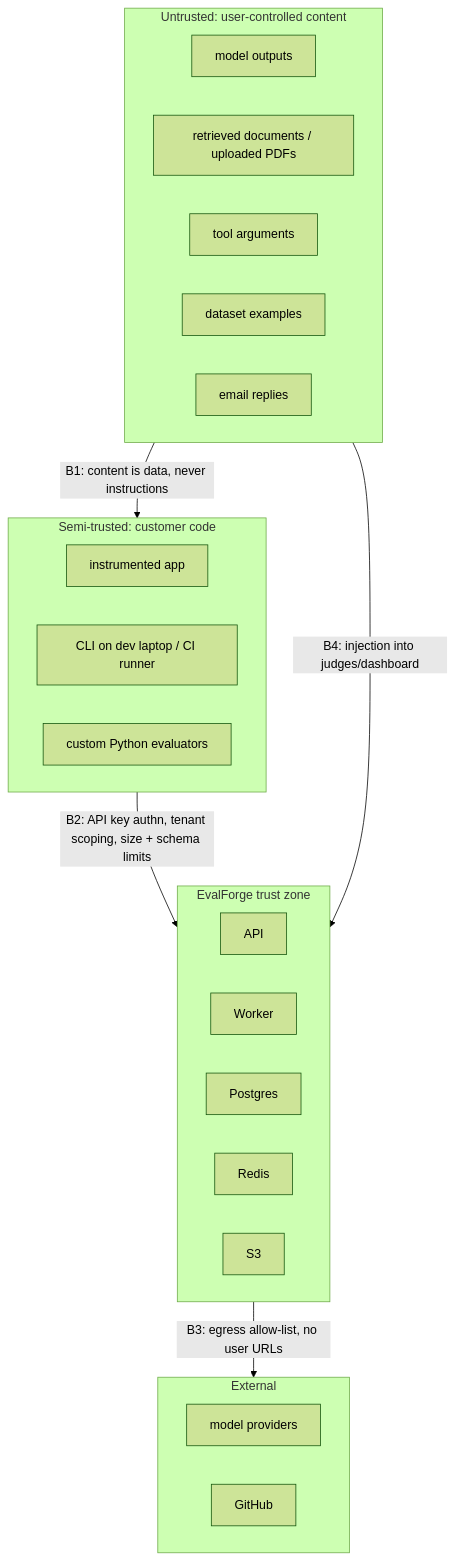
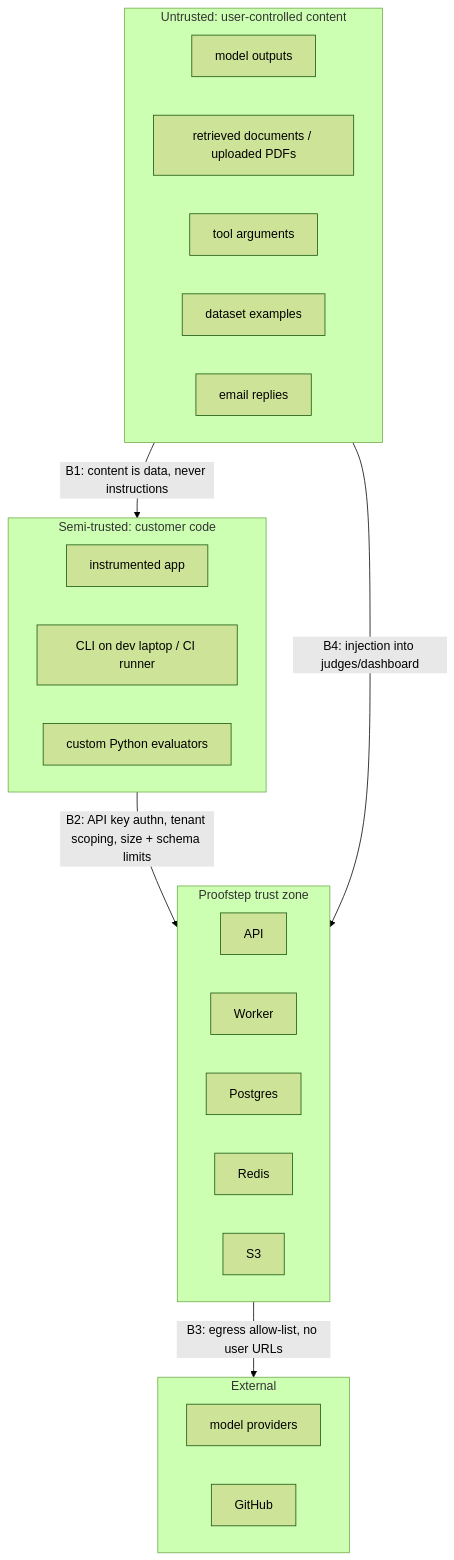
Before and after one commit to IlaKhan17/Eval-Forge: the diagram in docs/SECURITY.md, drawn with Mermaid (forest theme). The commit also changed other lines of this file and 393 other files, not shown here.

````diff
--- a/docs/SECURITY.md
+++ b/docs/SECURITY.md
@@ -14,21 +14,21 @@
 ```mermaid
 graph TB
     subgraph U["Untrusted: user-controlled content"]
         C1["model outputs"]; C2["retrieved documents / uploaded PDFs"]
         C3["tool arguments"]; C4["dataset examples"]; C5["email replies"]
     end
     subgraph SC["Semi-trusted: customer code"]
         S1["instrumented app"]; S2["CLI on dev laptop / CI runner"]
         S3["custom Python evaluators"]
     end
-    subgraph T["EvalForge trust zone"]
+    subgraph T["Proofstep trust zone"]
         T1["API"]; T2["Worker"]; T3["Postgres"]; T4["Redis"]; T5["S3"]
     end
     subgraph E["External"]
         E1["model providers"]; E2["GitHub"]
     end
     U -->|"B1: content is data, never instructions"| SC
     SC -->|"B2: API key authn, tenant scoping, size + schema limits"| T
     T -->|"B3: egress allow-list, no user URLs"| E
     U -->|"B4: injection into judges/dashboard"| T
 ```
````
